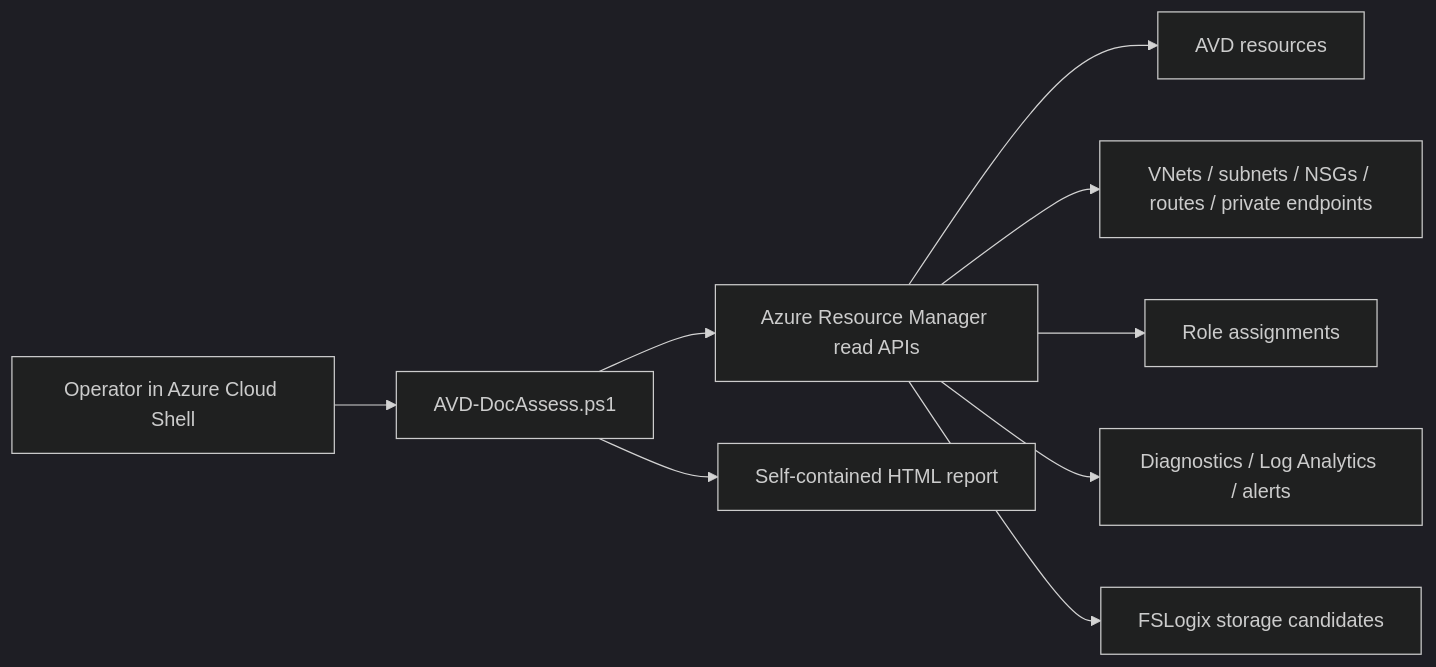
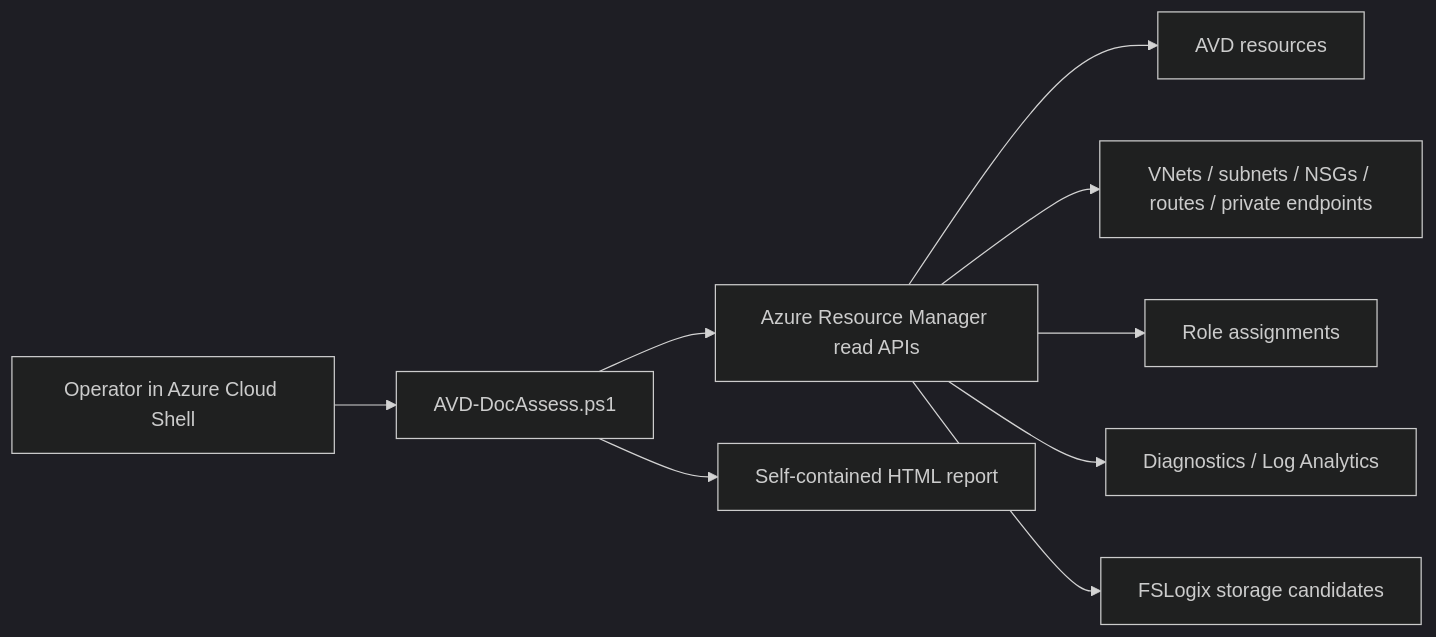
Before and after one commit to marsillig/AVD-DocAssess: the diagram in docs/architecture.md, drawn with Mermaid (dark theme).

Commit message:
Sanitize public documentation references

````diff
--- a/docs/architecture.md
+++ b/docs/architecture.md
@@ -5,11 +5,11 @@
 ```mermaid
 flowchart LR
   Operator["Operator in Azure Cloud Shell"] --> Script["AVD-DocAssess.ps1"]
   Script --> ARM["Azure Resource Manager read APIs"]
   ARM --> AVD["AVD resources"]
   ARM --> Network["VNets / subnets / NSGs / routes / private endpoints"]
   ARM --> IAM["Role assignments"]
-  ARM --> Monitor["Diagnostics / Log Analytics / alerts"]
+  ARM --> Monitor["Diagnostics / Log Analytics"]
   ARM --> Storage["FSLogix storage candidates"]
   Script --> Report["Self-contained HTML report"]
 ```
````
